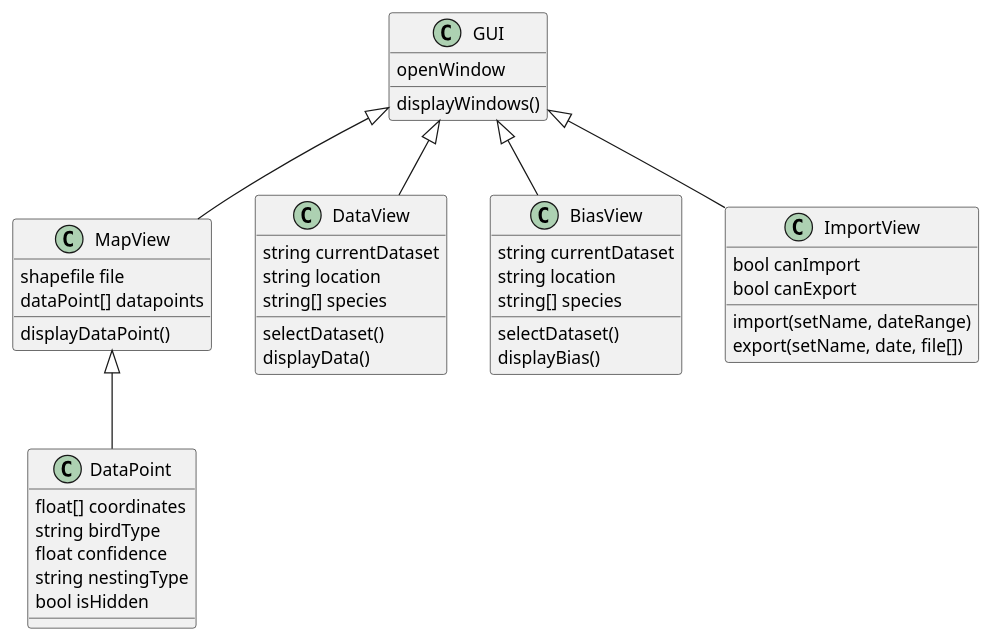
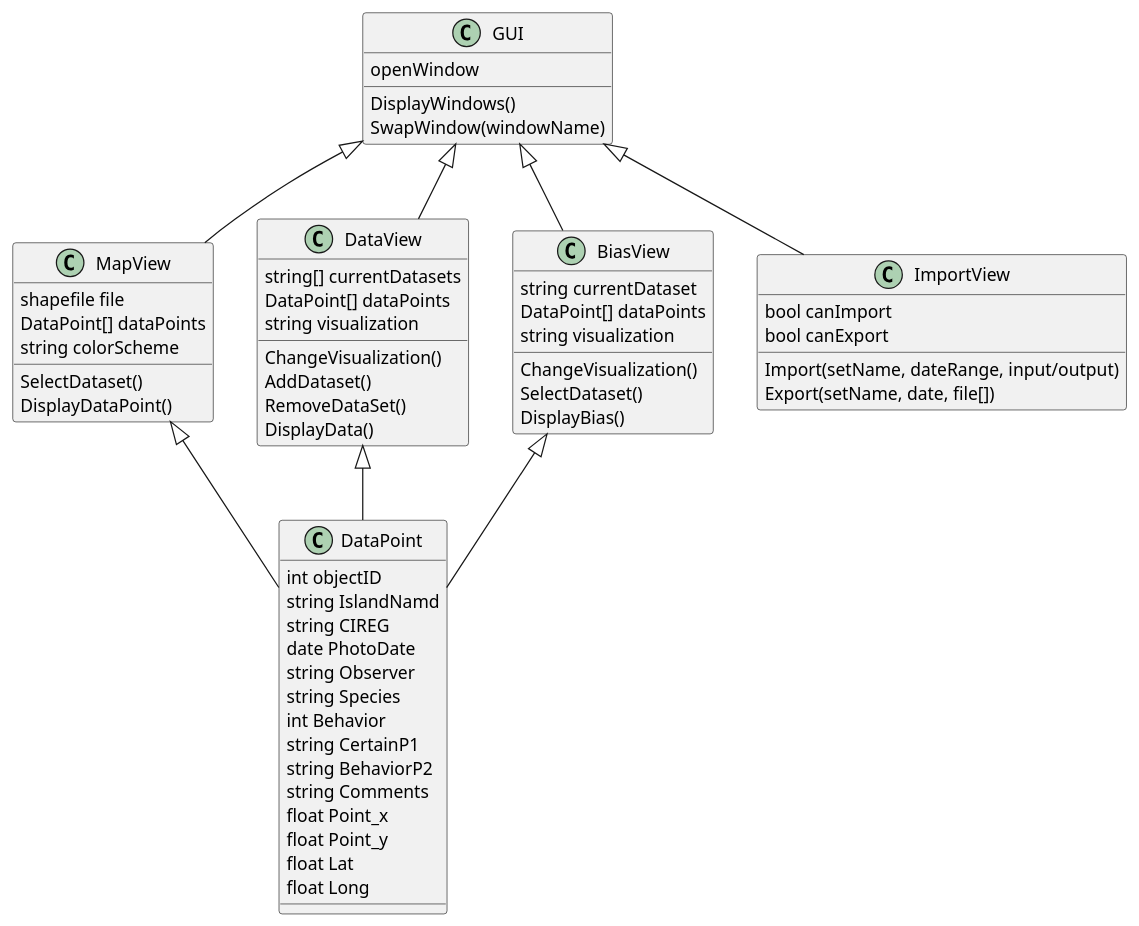
One commit to birdspotter-project/COS397 changed the diagram in Documentation/Deliverables/Software_Design_Document/source/Decomposition.wsd. Above: the diagram before and after it, drawn with PlantUML.

Commit message:
Update Decomposition.wsd
updated to match version uploaded to SDD: fixed formatting, matched datapoints 1:1 to lines in example .xlsx file

```diff
--- a/Documentation/Deliverables/Software_Design_Document/source/Decomposition.wsd
+++ b/Documentation/Deliverables/Software_Design_Document/source/Decomposition.wsd
@@ -1,49 +1,66 @@
 @startuml
 Class GUI{
     openWindow
-    displayWindows()
+    DisplayWindows()
+    SwapWindow(windowName)
 }
 Class MapView{
     shapefile file
-    dataPoint[] datapoints
+    DataPoint[] dataPoints
+    string colorScheme
 
-    displayDataPoint()
+    SelectDataset()
+    DisplayDataPoint()
 }
 Class DataView{
-    string currentDataset
-    string location
-    string[] species
+    string[] currentDatasets
+    DataPoint[] dataPoints
+    string visualization
 
-    selectDataset()
-    displayData()
+    ChangeVisualization()
+    AddDataset()
+    RemoveDataSet()
+    DisplayData()
 }
 Class BiasView{
     string currentDataset
-    string location
-    string[] species
+    DataPoint[] dataPoints
+    string visualization
 
-    selectDataset()
-    displayBias()
+    ChangeVisualization()
+    SelectDataset()
+    DisplayBias()
 }
 Class ImportView{
     bool canImport
     bool canExport
-    
-    import(setName, dateRange)
-    export(setName, date, file[])
+
+    Import(setName, dateRange, input/output)
+    Export(setName, date, file[])
 
 }
 Class DataPoint{
-    float[] coordinates
-    string birdType
-    float confidence
-    string nestingType
-    bool isHidden
+    int objectID
+    string IslandNamd
+    string CIREG
+    date PhotoDate
+    string Observer
+    string Species
+    int Behavior
+    string CertainP1
+    string BehaviorP2
+    string Comments
+    float Point_x
+    float Point_y
+    float Lat
+    float Long
 }
 
 GUI <|-- MapView
 GUI <|-- BiasView
 GUI <|-- DataView
 GUI <|-- ImportView
 MapView <|-- DataPoint
+DataView <|-- DataPoint
+BiasView <|-- DataPoint
 @enduml
```
